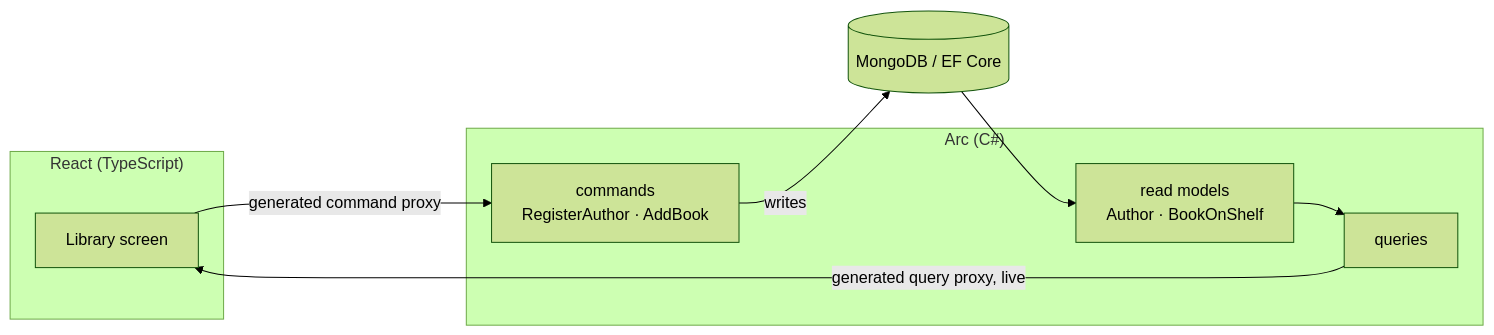
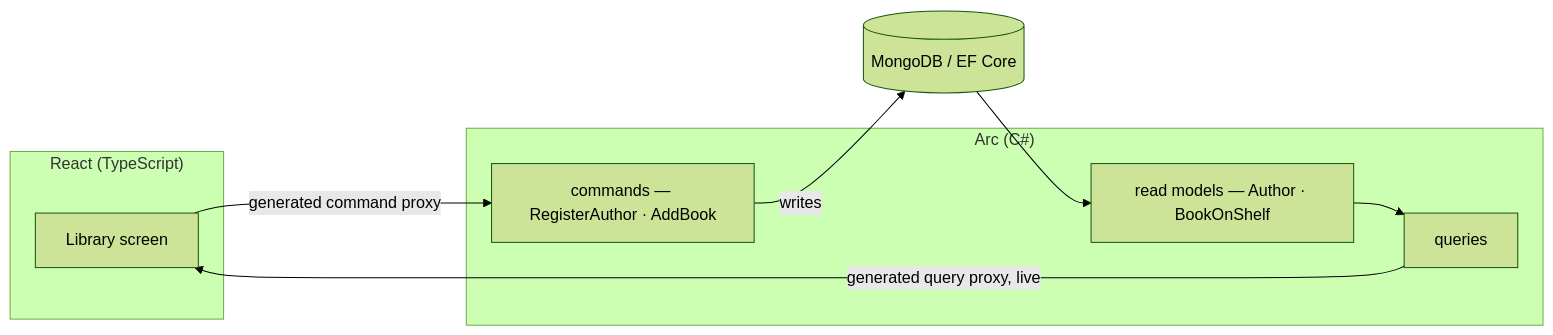
One commit to Cratis/Arc changed the second of 2 diagrams in Documentation/tutorial/index.md. Above: the diagram before and after it, drawn with Mermaid (forest theme). The commit also changed 16 other files, not shown here.

````diff
--- a/Documentation/tutorial/index.md
+++ b/Documentation/tutorial/index.md
@@ -28,17 +28,17 @@
 ```mermaid
 flowchart LR
     subgraph Browser["React (TypeScript)"]
         UI["Library screen"]
     end
     subgraph Backend["Arc (C#)"]
-        Cmd["commands<br/>RegisterAuthor · AddBook"]
-        RM["read models<br/>Author · BookOnShelf"]
+        Cmd["commands — RegisterAuthor · AddBook"]
+        RM["read models — Author · BookOnShelf"]
         Q["queries"]
     end
     DB[("MongoDB / EF Core")]
     UI -->|generated command proxy| Cmd
     Cmd -->|writes| DB
     DB --> RM
     RM --> Q
     Q -->|generated query proxy, live| UI
 ```
````
